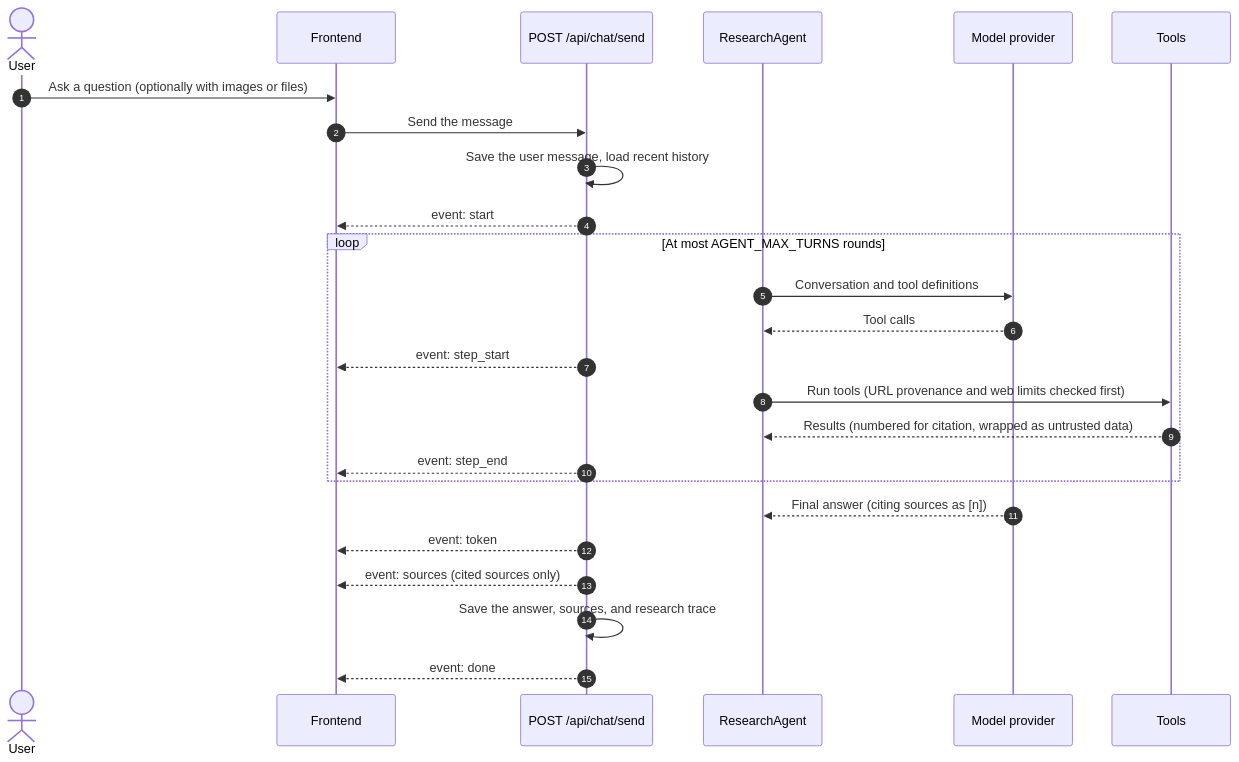
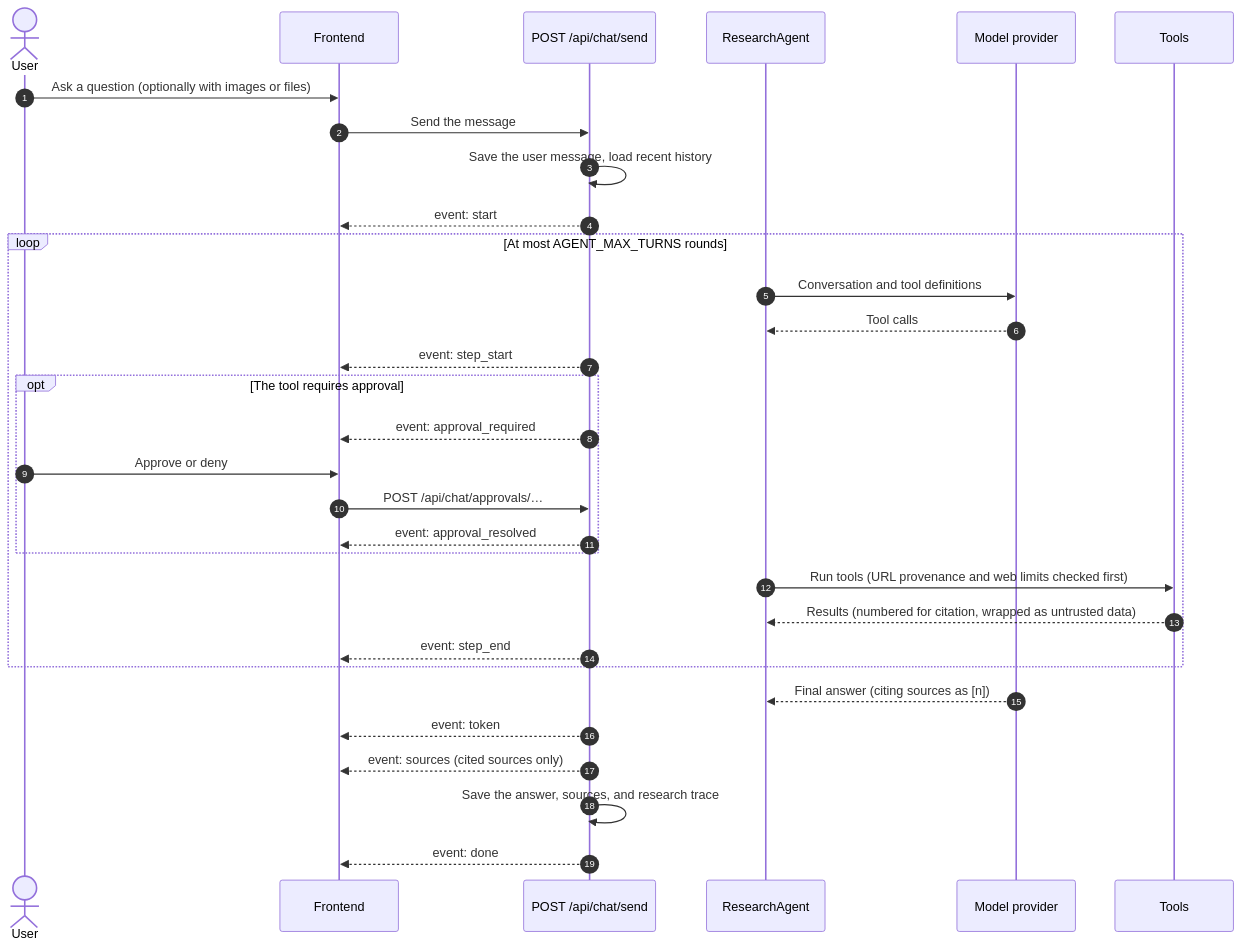
The third of 3 diagrams in README_en.md (Scorpio-meow/AskMiao), drawn with Mermaid before and after one commit. The commit also changed other lines of this file and 84 other files, not shown here.

````diff
--- a/README_en.md
+++ b/README_en.md
@@ -231,28 +234,34 @@
 ```mermaid
 sequenceDiagram
     autonumber
     actor U as User
     participant FE as Frontend
     participant API as POST /api/chat/send
     participant AG as ResearchAgent
     participant LLM as Model provider
     participant T as Tools
 
     U->>FE: Ask a question (optionally with images or files)
     FE->>API: Send the message
     API->>API: Save the user message, load recent history
     API-->>FE: event: start
     loop At most AGENT_MAX_TURNS rounds
         AG->>LLM: Conversation and tool definitions
         LLM-->>AG: Tool calls
         API-->>FE: event: step_start
+        opt The tool requires approval
+            API-->>FE: event: approval_required
+            U->>FE: Approve or deny
+            FE->>API: POST /api/chat/approvals/…
+            API-->>FE: event: approval_resolved
+        end
         AG->>T: Run tools (URL provenance and web limits checked first)
         T-->>AG: Results (numbered for citation, wrapped as untrusted data)
         API-->>FE: event: step_end
     end
     LLM-->>AG: Final answer (citing sources as [n])
     API-->>FE: event: token
     API-->>FE: event: sources (cited sources only)
     API->>API: Save the answer, sources, and research trace
     API-->>FE: event: done
 ```
````
